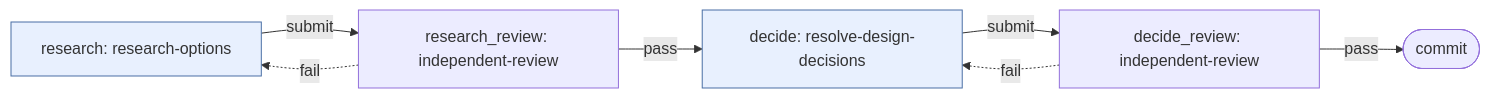
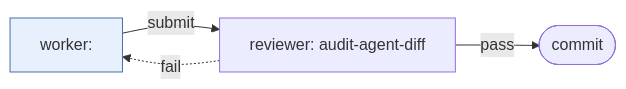
Before and after one commit to bcmyguest/personal-skills: the first of 3 diagrams in CHAINS.md, drawn with Mermaid. The commit also changed other lines of this file and 11 other files, not shown here.

````diff
--- a/CHAINS.md
+++ b/CHAINS.md
@@ -19,16 +19,11 @@
 ```mermaid
 flowchart LR
-  research["research: research-options"]
-  research_review["research_review: independent-review"]
-  decide["decide: resolve-design-decisions"]
-  decide_review["decide_review: independent-review"]
+  worker["worker: "]
+  reviewer["reviewer: audit-agent-diff"]
   done(["commit"])
-  research -->|submit| research_review
-  research_review -->|pass| decide
-  decide -->|submit| decide_review
-  decide_review -->|pass| done
-  research_review -.->|fail| research
-  decide_review -.->|fail| decide
+  worker -->|submit| reviewer
+  reviewer -->|pass| done
+  reviewer -.->|fail| worker
   classDef step fill:#e8f0fe,stroke:#4a6fa5
-  class research,decide step
+  class worker step
 ```
````
